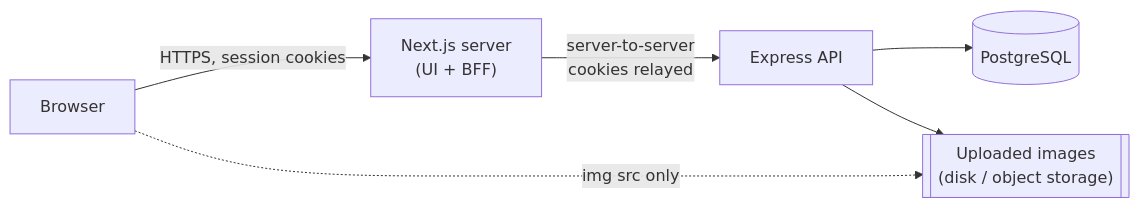
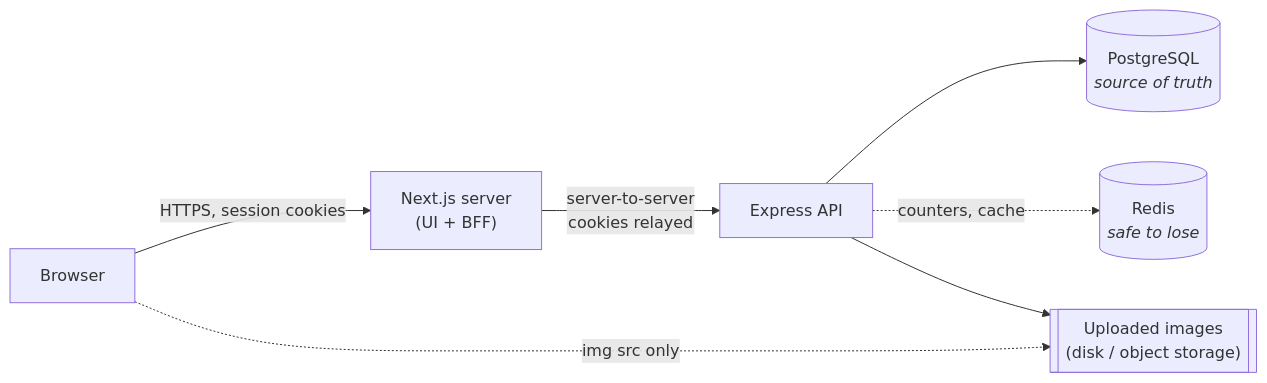
The diagram in docs/architecture/README.md (prefierolasoledad/Kintsugi), drawn with Mermaid before and after one commit. The commit also changed other lines of this file and 7 other files, not shown here.

Commit message:
docs: update CONTRIBUTING, README, SECURITY, and architecture documentation; enhance testing instructions and clarify system components

````diff
--- a/docs/architecture/README.md
+++ b/docs/architecture/README.md
@@ -6,14 +6,16 @@
 ```mermaid
 flowchart LR
     B["Browser"]
     N["Next.js server<br/>(UI + BFF)"]
     E["Express API"]
-    P[("PostgreSQL")]
+    P[("PostgreSQL<br/><i>source of truth</i>")]
+    R[("Redis<br/><i>safe to lose</i>")]
     F[["Uploaded images<br/>(disk / object storage)"]]
 
     B -->|HTTPS, session cookies| N
     N -->|"server-to-server<br/>cookies relayed"| E
     E --> P
+    E -.->|"counters, cache"| R
     E --> F
     B -.->|"img src only"| F
 ```
````
